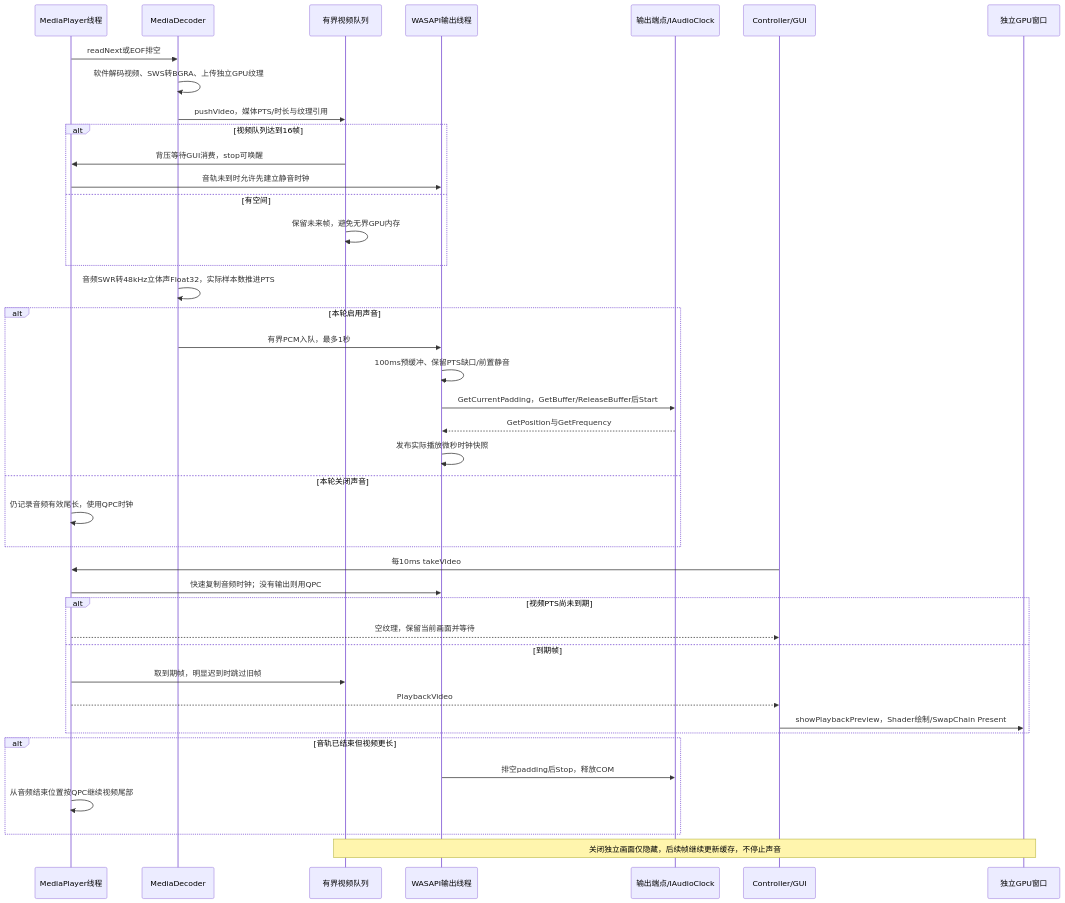
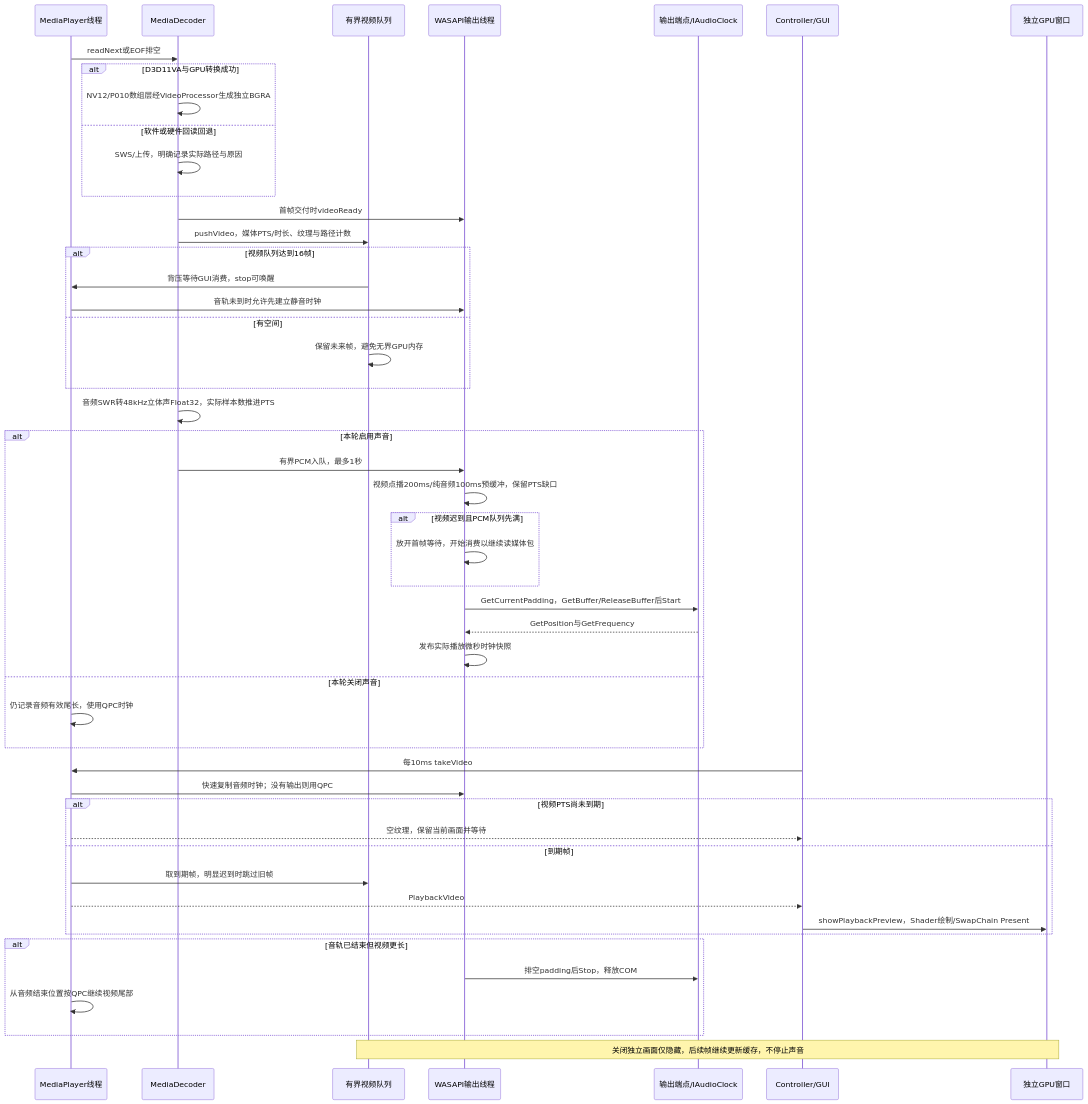
One commit to kingsman-svg/OBS changed the diagram in docs/uml/vod-play.mmd. Above: the diagram before and after it, drawn with Mermaid. The commit also changed 38 other files, not shown here.

```diff
--- a/docs/uml/vod-play.mmd
+++ b/docs/uml/vod-play.mmd
@@ -1,41 +1,49 @@
 sequenceDiagram
 participant P as MediaPlayer线程
 participant D as MediaDecoder
 participant Q as 有界视频队列
 participant A as WASAPI输出线程
 participant S as 输出端点/IAudioClock
 participant C as Controller/GUI
 participant R as 独立GPU窗口
 P->>D: readNext或EOF排空
-D->>D: 软件解码视频、SWS转BGRA、上传独立GPU纹理
-D->>Q: pushVideo，媒体PTS/时长与纹理引用
+alt D3D11VA与GPU转换成功
+D->>D: NV12/P010数组层经VideoProcessor生成独立BGRA
+else 软件或硬件回读回退
+D->>D: SWS/上传，明确记录实际路径与原因
+end
+D->>A: 首帧交付时videoReady
+D->>Q: pushVideo，媒体PTS/时长、纹理与路径计数
 alt 视频队列达到16帧
 Q->>P: 背压等待GUI消费，stop可唤醒
 P->>A: 音轨未到时允许先建立静音时钟
 else 有空间
 Q->>Q: 保留未来帧，避免无界GPU内存
 end
 D->>D: 音频SWR转48kHz立体声Float32，实际样本数推进PTS
 alt 本轮启用声音
 D->>A: 有界PCM入队，最多1秒
-A->>A: 100ms预缓冲、保留PTS缺口/前置静音
+A->>A: 视频点播200ms/纯音频100ms预缓冲，保留PTS缺口
+alt 视频迟到且PCM队列先满
+A->>A: 放开首帧等待，开始消费以继续读媒体包
+end
 A->>S: GetCurrentPadding，GetBuffer/ReleaseBuffer后Start
 S-->>A: GetPosition与GetFrequency
 A->>A: 发布实际播放微秒时钟快照
 else 本轮关闭声音
 P->>P: 仍记录音频有效尾长，使用QPC时钟
 end
 C->>P: 每10ms takeVideo
 P->>A: 快速复制音频时钟；没有输出则用QPC
 alt 视频PTS尚未到期
 P-->>C: 空纹理，保留当前画面并等待
 else 到期帧
 P->>Q: 取到期帧，明显迟到时跳过旧帧
 P-->>C: PlaybackVideo
 C->>R: showPlaybackPreview，Shader绘制/SwapChain Present
 end
 alt 音轨已结束但视频更长
 A->>S: 排空padding后Stop，释放COM
 P->>P: 从音频结束位置按QPC继续视频尾部
 end
 Note over Q,R: 关闭独立画面仅隐藏，后续帧继续更新缓存，不停止声音
```
